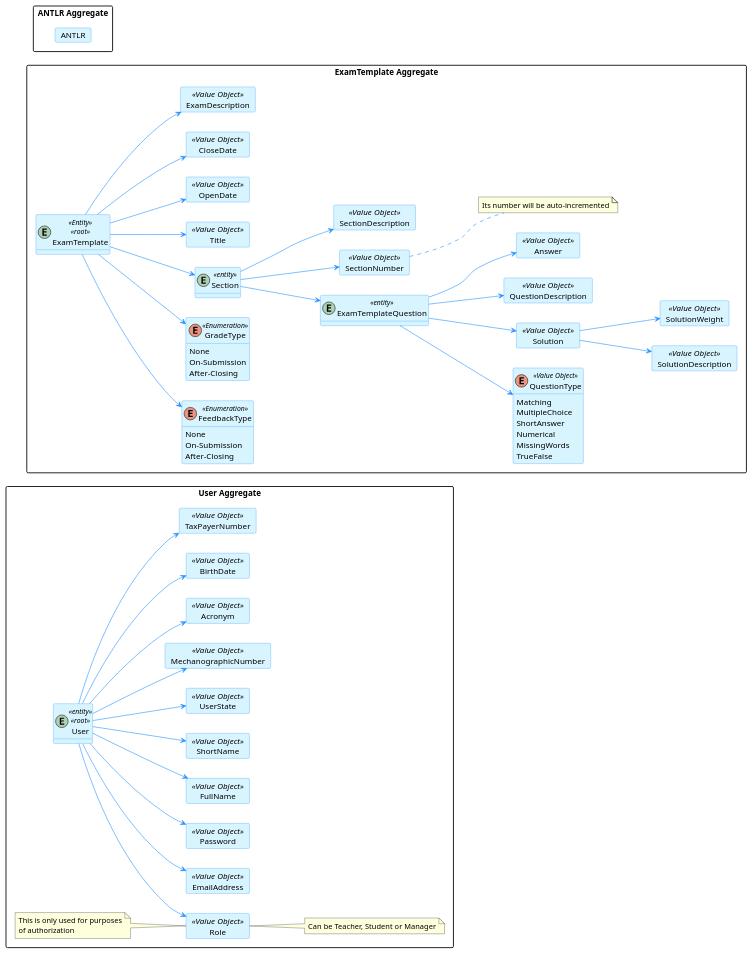
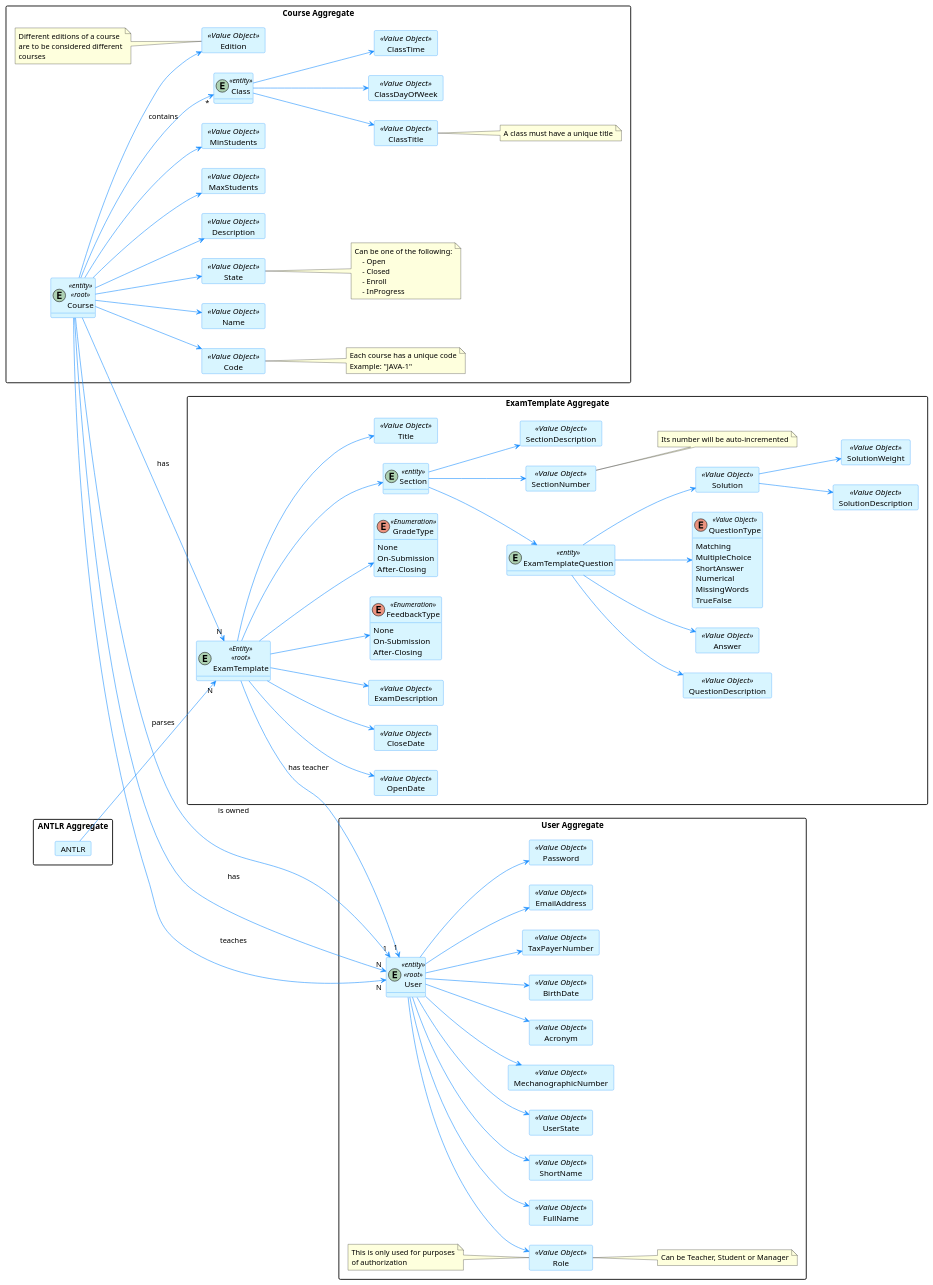
One commit to brunacosta03/sem4pi_22_23 changed the diagram in docs/SPRINT B/US_2001/Analysis/DomainModelExcerpt.puml. Above: the diagram before and after it, drawn with PlantUML. The commit also changed 4 other files, not shown here.

```diff
--- a/docs/SPRINT B/US_2001/Analysis/DomainModelExcerpt.puml
+++ b/docs/SPRINT B/US_2001/Analysis/DomainModelExcerpt.puml
@@ -64,6 +64,74 @@
         This is only used for purposes
         of authorization
     end note
+}
+
+package "Course Aggregate" {
+    entity Course <<entity>><<root>>
+
+    'Course value objects
+    card Code <<Value Object>> {
+    }
+    card Name <<Value Object>>{
+    }
+    card State <<Value Object>>{
+    }
+    card Description <<Value Object>>{
+    }
+    card MaxStudents <<Value Object>>{
+    }
+    card MinStudents <<Value Object>>{
+    }
+    card Edition <<Value Object>>{
+    }
+
+    Course --> Name
+    Course --> State
+    Course --> Description
+    Course --> MaxStudents
+    Course --> MinStudents
+    Course --> Code
+    Course --> Edition
+
+    note right of State
+        Can be one of the following:
+            - Open
+            - Closed
+            - Enroll
+            - InProgress
+    end note
+
+    note right of Code
+        Each course has a unique code
+        Example: "JAVA-1"
+    end note
+
+    note left of Edition
+        Different editions of a course
+        are to be considered different
+        courses
+    end note
+
+    entity Class <<entity>>
+
+    card ClassTime <<Value Object>>{
+    }
+
+    card ClassTitle <<Value Object>>{
+    }
+
+    card ClassDayOfWeek <<Value Object>>{
+    }
+
+        note right of ClassTitle
+            A class must have a unique title
+        end note
+
+    Class --> ClassTime
+    Class --> ClassTitle
+    Class --> ClassDayOfWeek
+    Course --> "*" Class : contains
+
 }
 
 package "ExamTemplate Aggregate" {
@@ -155,10 +223,16 @@
     Solution --> SolutionWeight
 }
 
-
 package "ANTLR Aggregate" {
     card ANTLR {
     }
 }
 
+    ANTLR --> "N" ExamTemplate : parses
+    ExamTemplate --> "1" User : has teacher
+    Course --> "N" ExamTemplate : has
+    Course --> "1" User : is owned
+    Course --> "N" User : has
+    Course --> "N" User : teaches
+
 @enduml
```
